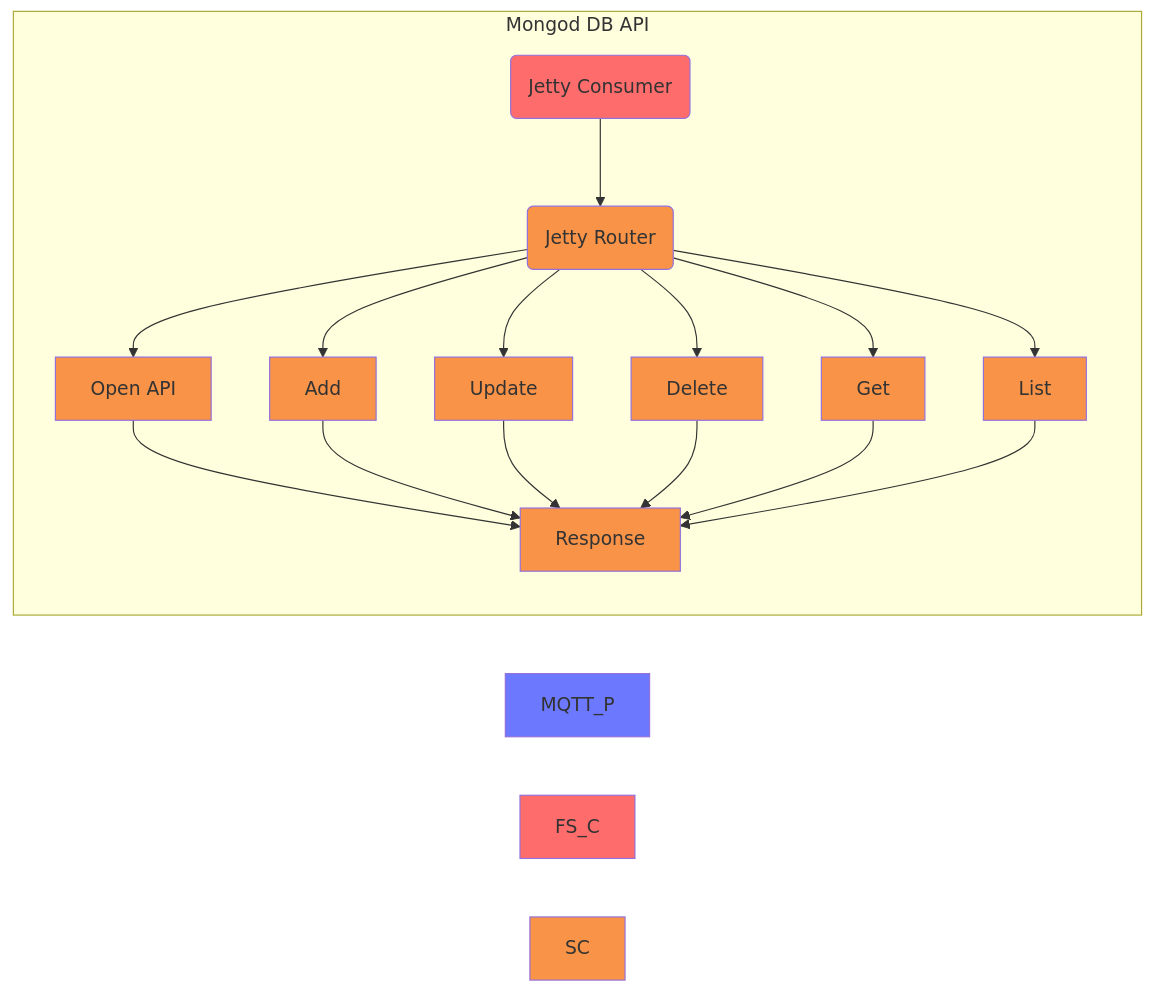
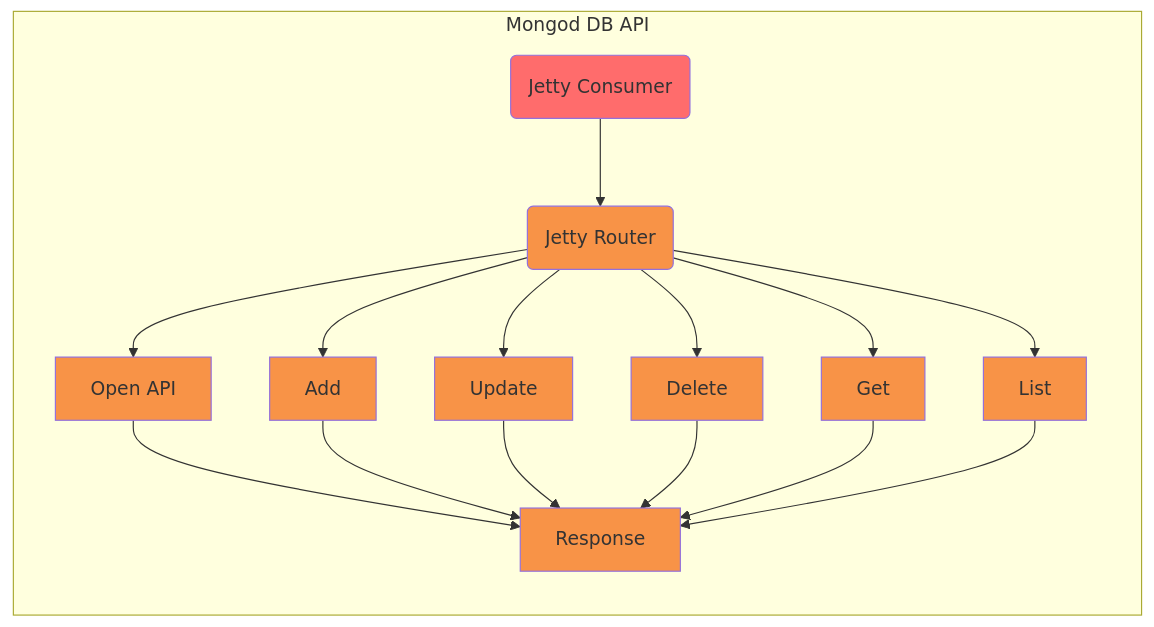
One commit to interlok-testing/testing_mongodb changed the diagram in README.md. Above: the diagram before and after it, drawn with Mermaid.

Commit message:
Fix flow chart

````diff
--- a/README.md
+++ b/README.md
@@ -9,32 +9,29 @@
 ```mermaid
 graph LR
   subgraph Mongod DB API
     J_C(Jetty Consumer) --> JR(Jetty Router)
     JR --> O[Open API]
     O --> R[Response]
     JR --> A[Add]
     A --> R[Response]
     JR --> U[Update]
     U --> R[Response]
     JR --> D[Delete]
     D --> R[Response]
     JR --> G[Get]
     G --> R[Response]
     JR --> L[List]
     L --> R[Response]
   end
 
   style J_C fill:#FF6C6C
-  style MQTT_P fill:#6C79FF
-  style FS_C fill:#FF6C6C
-  style SC fill: #F89347
   style JR fill: #F89347
   style O fill:#F89347
   style A fill:#F89347
   style U fill:#F89347
   style D fill:#F89347
   style G fill:#F89347
   style L fill:#F89347
   style R fill:#F89347
 
 ```
````
